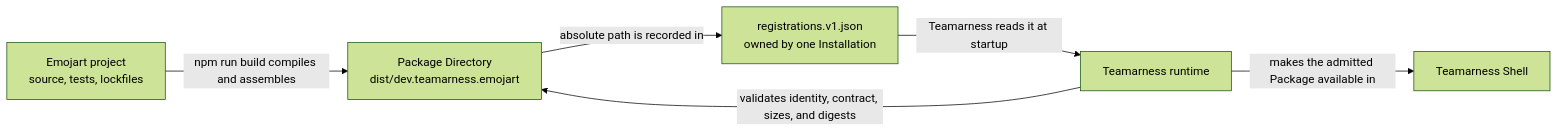
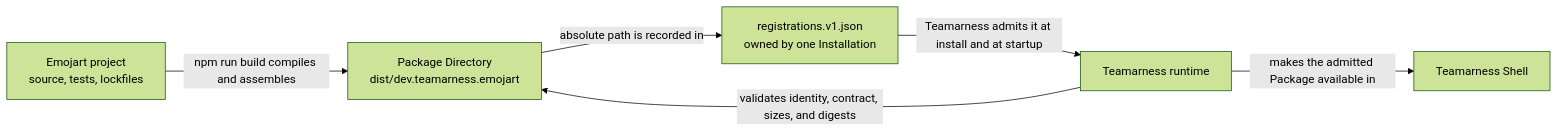
Before and after one commit to learn-ai-engineering/teamarness: the second of 2 diagrams in docs/build-your-first-package.md, drawn with Mermaid (forest theme). The commit also changed other lines of this file and 16 other files, not shown here.

````diff
--- a/docs/build-your-first-package.md
+++ b/docs/build-your-first-package.md
@@ -89,8 +89,8 @@
 ```mermaid
 flowchart LR
   Project[Emojart project\nsource, tests, lockfiles] -->|npm run build compiles and assembles| Directory[Package Directory\ndist/dev.teamarness.emojart]
   Directory -->|absolute path is recorded in| Registration[registrations.v1.json\nowned by one Installation]
-  Registration -->|Teamarness reads it at startup| Runtime[Teamarness runtime]
+  Registration -->|Teamarness admits it at install and at startup| Runtime[Teamarness runtime]
   Runtime -->|validates identity, contract, sizes, and digests| Directory
   Runtime -->|makes the admitted Package available in| Shell[Teamarness Shell]
 ```
````
